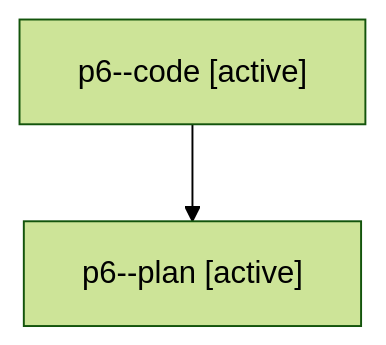
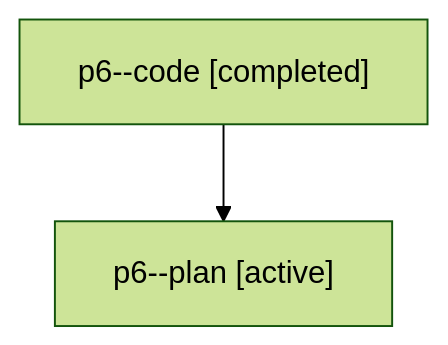
Before and after one commit to sase-org/sase--agents: the diagram in sessions/bbugyi200.athena.p6.md, drawn with Mermaid (forest theme). The commit also changed other lines of this file and 5 other files, not shown here.

````diff
--- a/sessions/bbugyi200.athena.p6.md
+++ b/sessions/bbugyi200.athena.p6.md
@@ -9,6 +9,6 @@
 ```mermaid
 flowchart TD
-  n0["p6--code [active]"]
+  n0["p6--code [completed]"]
   n1["p6--plan [active]"]
   n0 --> n1
 ```
````
